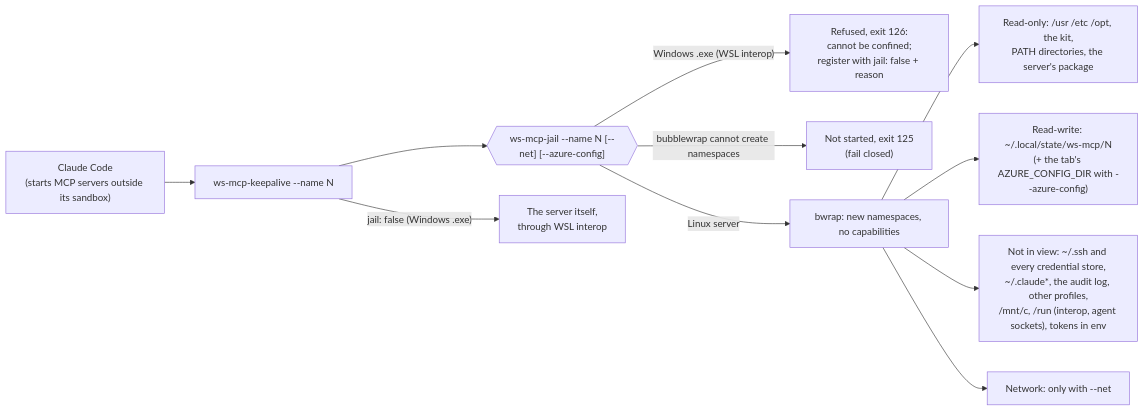
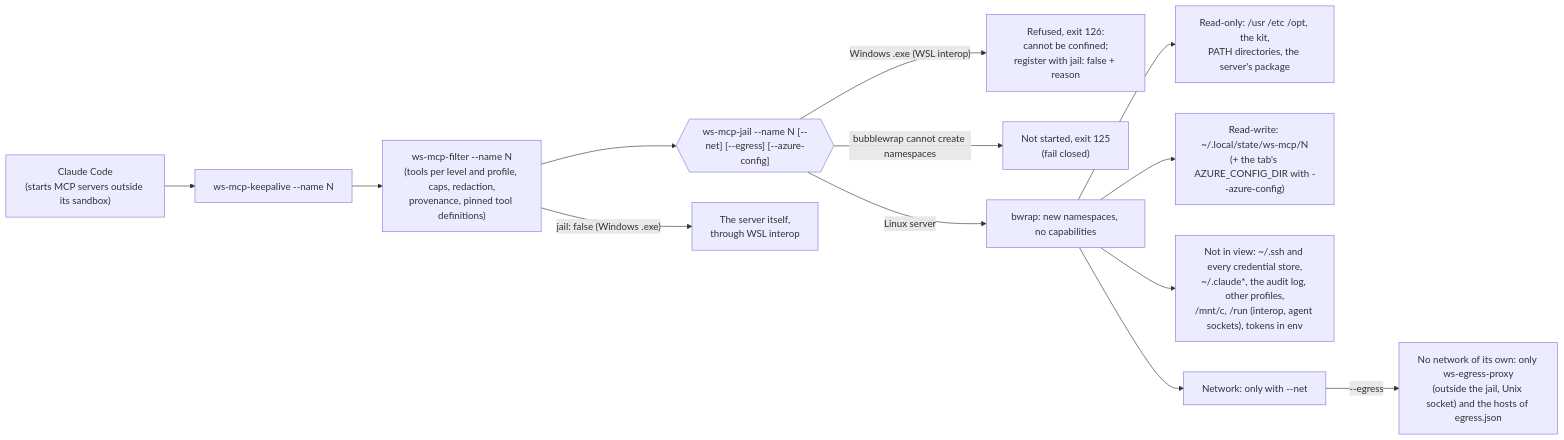
One commit to andreshma/claude-workstation changed the eighth of 14 diagrams in docs/DIAGRAMS.md. Above: the diagram before and after it, drawn with Mermaid. The commit also changed other lines of this file and 17 other files, not shown here.

````diff
--- a/docs/DIAGRAMS.md
+++ b/docs/DIAGRAMS.md
@@ -287,13 +288,15 @@
 ```mermaid
 flowchart LR
   cc["Claude Code<br/>(starts MCP servers outside its sandbox)"] --> ka["ws-mcp-keepalive --name N"]
-  ka --> jail{{"ws-mcp-jail --name N [--net] [--azure-config]"}}
-  ka -- "jail: false (Windows .exe)" --> win["The server itself,<br/>through WSL interop"]
+  ka --> flt["ws-mcp-filter --name N<br/>(tools per level and profile, caps, redaction,<br/>provenance, pinned tool definitions)"]
+  flt --> jail{{"ws-mcp-jail --name N [--net] [--egress] [--azure-config]"}}
+  flt -- "jail: false (Windows .exe)" --> win["The server itself,<br/>through WSL interop"]
   jail -- "Windows .exe (WSL interop)" --> refuse["Refused, exit 126:<br/>cannot be confined;<br/>register with jail: false + reason"]
   jail -- "bubblewrap cannot create namespaces" --> closed["Not started, exit 125<br/>(fail closed)"]
   jail -- "Linux server" --> bwrap["bwrap: new namespaces, no capabilities"]
   bwrap --> ro["Read-only: /usr /etc /opt, the kit,<br/>PATH directories, the server's package"]
   bwrap --> rw["Read-write: ~/.local/state/ws-mcp/N<br/>(+ the tab's AZURE_CONFIG_DIR with --azure-config)"]
   bwrap --> none["Not in view: ~/.ssh and every credential store,<br/>~/.claude*, the audit log, other profiles,<br/>/mnt/c, /run (interop, agent sockets), tokens in env"]
   bwrap --> net["Network: only with --net"]
+  net -- "--egress" --> proxy["No network of its own: only ws-egress-proxy<br/>(outside the jail, Unix socket) and the hosts of egress.json"]
 ```
````
